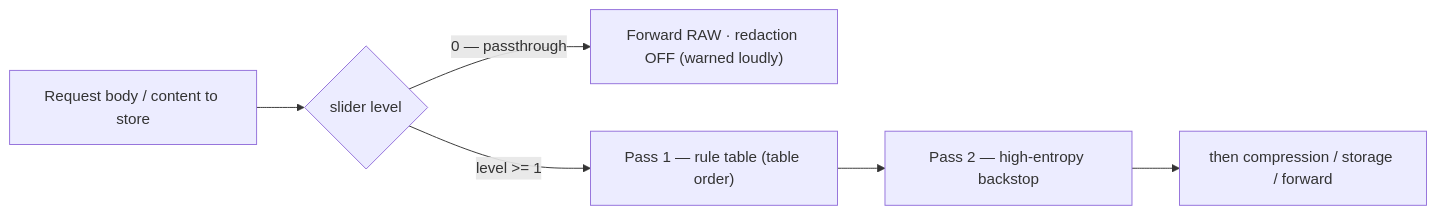
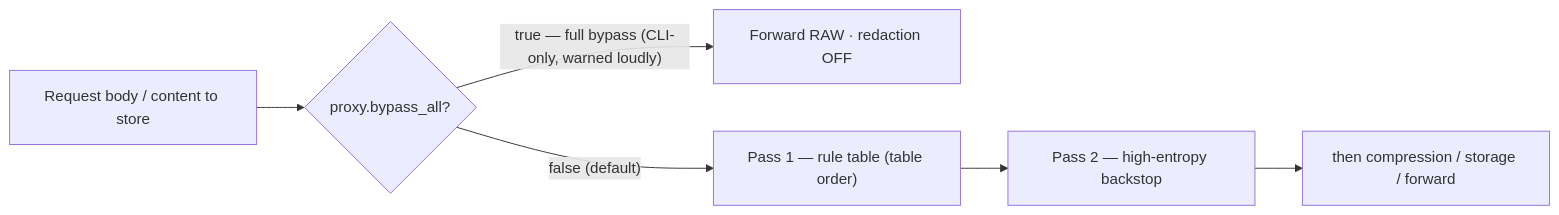
The diagram in docs/wiki/concepts/Redaction Stage.md (cloudcatalyst/golem), drawn with Mermaid before and after one commit. The commit also changed other lines of this file and 15 other files, not shown here.

````diff
--- a/docs/wiki/concepts/Redaction Stage.md
+++ b/docs/wiki/concepts/Redaction Stage.md
@@ -40,8 +43,8 @@
 ```mermaid
 flowchart LR
-  IN["Request body / content to store"] --> L0{"slider level"}
-  L0 -->|"0 — passthrough"| RAW["Forward RAW · redaction OFF (warned loudly)"]
-  L0 -->|"level >= 1"| P1["Pass 1 — rule table (table order)"]
+  IN["Request body / content to store"] --> L0{"proxy.bypass_all?"}
+  L0 -->|"true — full bypass (CLI-only, warned loudly)"| RAW["Forward RAW · redaction OFF"]
+  L0 -->|"false (default)"| P1["Pass 1 — rule table (table order)"]
   P1 --> P2["Pass 2 — high-entropy backstop"]
   P2 --> NEXT["then compression / storage / forward"]
 ```
````
